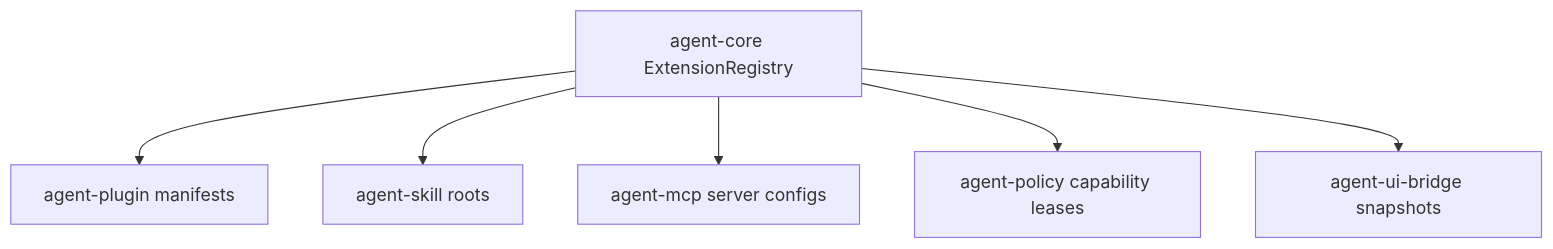
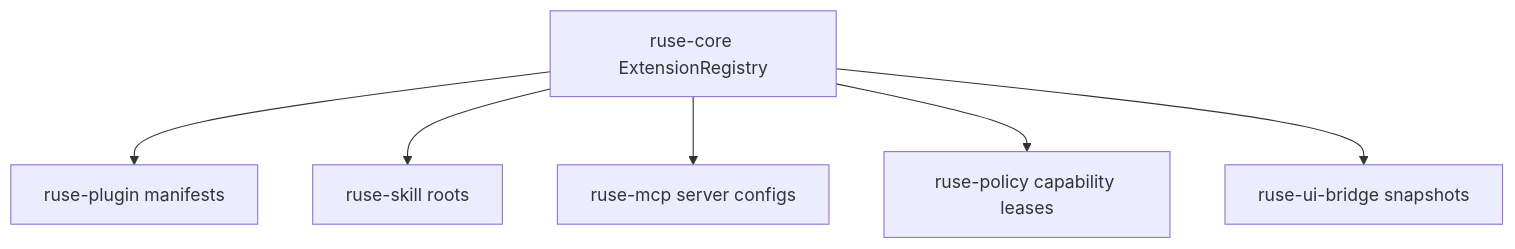
One commit to poneding/agent changed the diagram in docs/specs/M22-01-extension-registry.spec.md. Above: the diagram before and after it, drawn with Mermaid. The commit also changed other lines of this file and 2091 other files, not shown here.

First line of the commit message:
refactor: rename agent branding to ruse

````diff
--- a/docs/specs/M22-01-extension-registry.spec.md
+++ b/docs/specs/M22-01-extension-registry.spec.md
@@ -33,8 +33,8 @@
 ```mermaid
 flowchart TD
-  Core["agent-core ExtensionRegistry"] --> Plugin["agent-plugin manifests"]
-  Core --> Skill["agent-skill roots"]
-  Core --> MCP["agent-mcp server configs"]
-  Core --> Policy["agent-policy capability leases"]
-  Core --> Bridge["agent-ui-bridge snapshots"]
+  Core["ruse-core ExtensionRegistry"] --> Plugin["ruse-plugin manifests"]
+  Core --> Skill["ruse-skill roots"]
+  Core --> MCP["ruse-mcp server configs"]
+  Core --> Policy["ruse-policy capability leases"]
+  Core --> Bridge["ruse-ui-bridge snapshots"]
 ```
````
